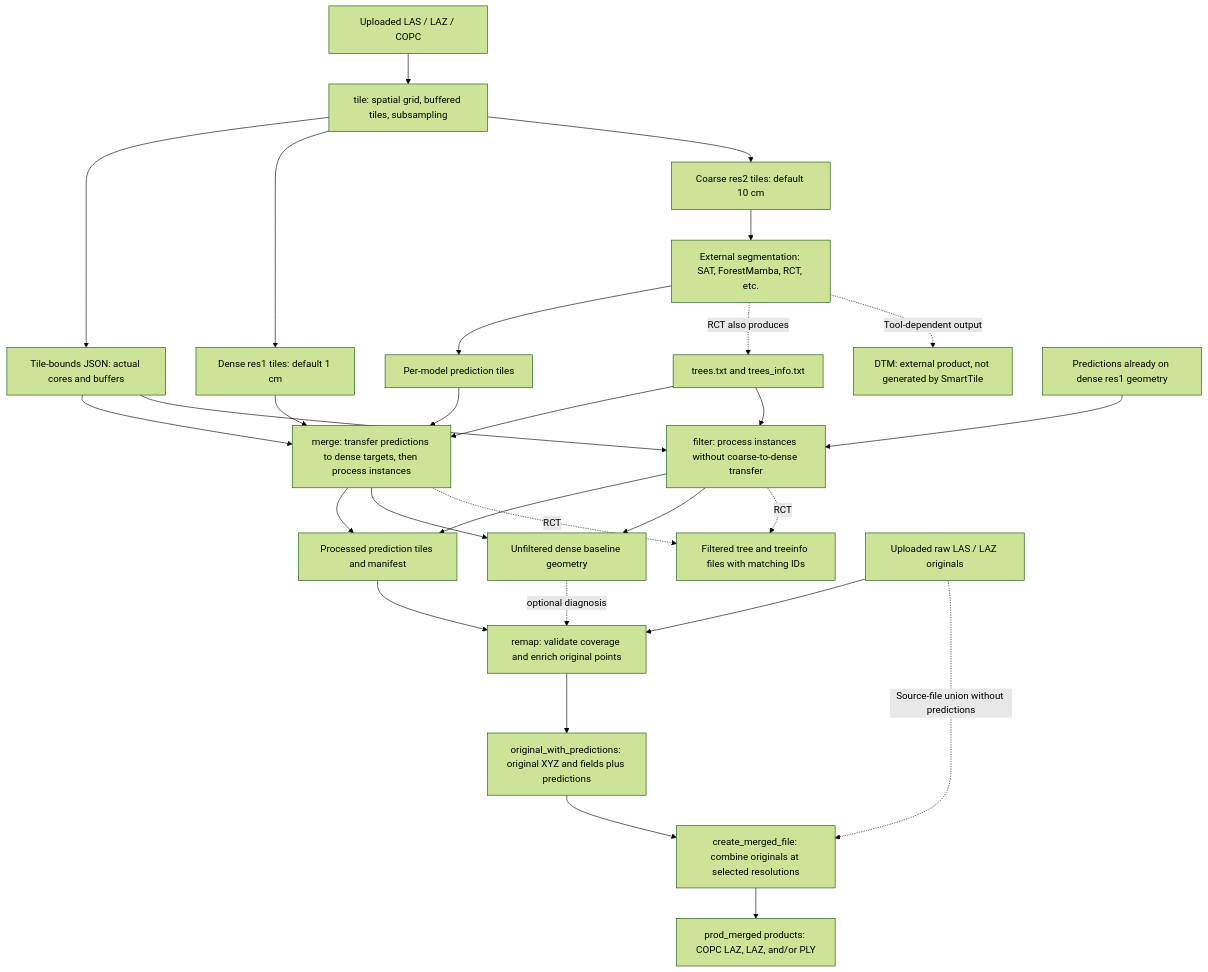
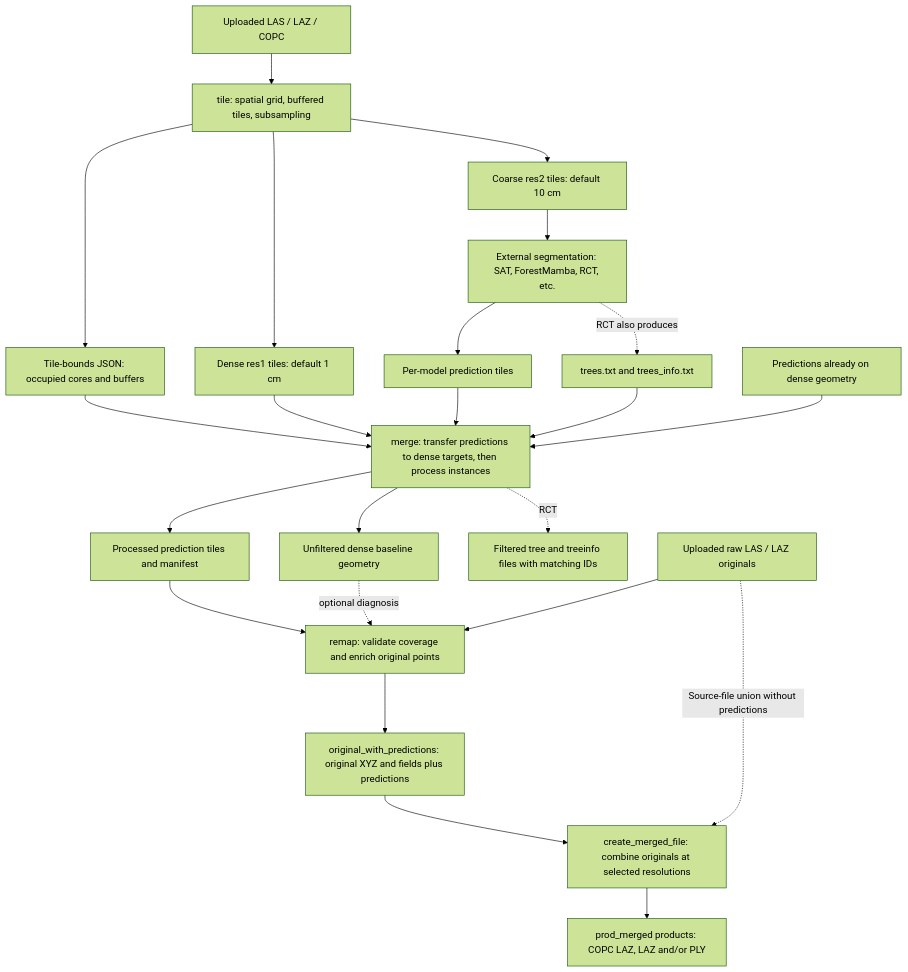
Before and after one commit to 3dTrees-earth/3dtrees_Smart_Tile: the first of 2 diagrams in docs/task-workflow.md, drawn with Mermaid (forest theme). The commit also changed other lines of this file and 96 other files, not shown here.

First line of the commit message:
fix: harden SmartTile v2.4 for production and slim the repository

````diff
--- a/docs/task-workflow.md
+++ b/docs/task-workflow.md
@@ -9,31 +9,25 @@
 ```mermaid
 flowchart TD
     RAW["Uploaded LAS / LAZ / COPC"] --> TILE["tile: spatial grid, buffered tiles, subsampling"]
-    TILE --> LAYOUT["Tile-bounds JSON: actual cores and buffers"]
+    TILE --> LAYOUT["Tile-bounds JSON: occupied cores and buffers"]
     TILE --> R1["Dense res1 tiles: default 1 cm"]
     TILE --> R2["Coarse res2 tiles: default 10 cm"]
     R2 --> MODELS["External segmentation: SAT, ForestMamba, RCT, etc."]
     MODELS --> PRED["Per-model prediction tiles"]
     MODELS -. "RCT also produces" .-> TREES["trees.txt and trees_info.txt"]
-    MODELS -. "Tool-dependent output" .-> DTM["DTM: external product, not generated by SmartTile"]
     PRED --> MERGE["merge: transfer predictions to dense targets, then process instances"]
     R1 --> MERGE
     LAYOUT --> MERGE
     TREES --> MERGE
-    DENSE["Predictions already on dense res1 geometry"] --> FILTER["filter: process instances without coarse-to-dense transfer"]
-    LAYOUT --> FILTER
-    TREES --> FILTER
+    DENSE["Predictions already on dense geometry"] --> MERGE
     MERGE --> FINAL["Processed prediction tiles and manifest"]
-    FILTER --> FINAL
     MERGE --> BASE["Unfiltered dense baseline geometry"]
-    FILTER --> BASE
     MERGE -. "RCT" .-> KEPT["Filtered tree and treeinfo files with matching IDs"]
-    FILTER -. "RCT" .-> KEPT
     FINAL --> REMAP["remap: validate coverage and enrich original points"]
     BASE -. "optional diagnosis" .-> REMAP
     ORIGINAL["Uploaded raw LAS / LAZ originals"] --> REMAP
     REMAP --> ENRICHED["original_with_predictions: original XYZ and fields plus predictions"]
     ENRICHED --> PRODUCT["create_merged_file: combine originals at selected resolutions"]
     ORIGINAL -. "Source-file union without predictions" .-> PRODUCT
-    PRODUCT --> DOWNLOAD["prod_merged products: COPC LAZ, LAZ, and/or PLY"]
+    PRODUCT --> DOWNLOAD["prod_merged products: COPC LAZ, LAZ and/or PLY"]
 ```
````
